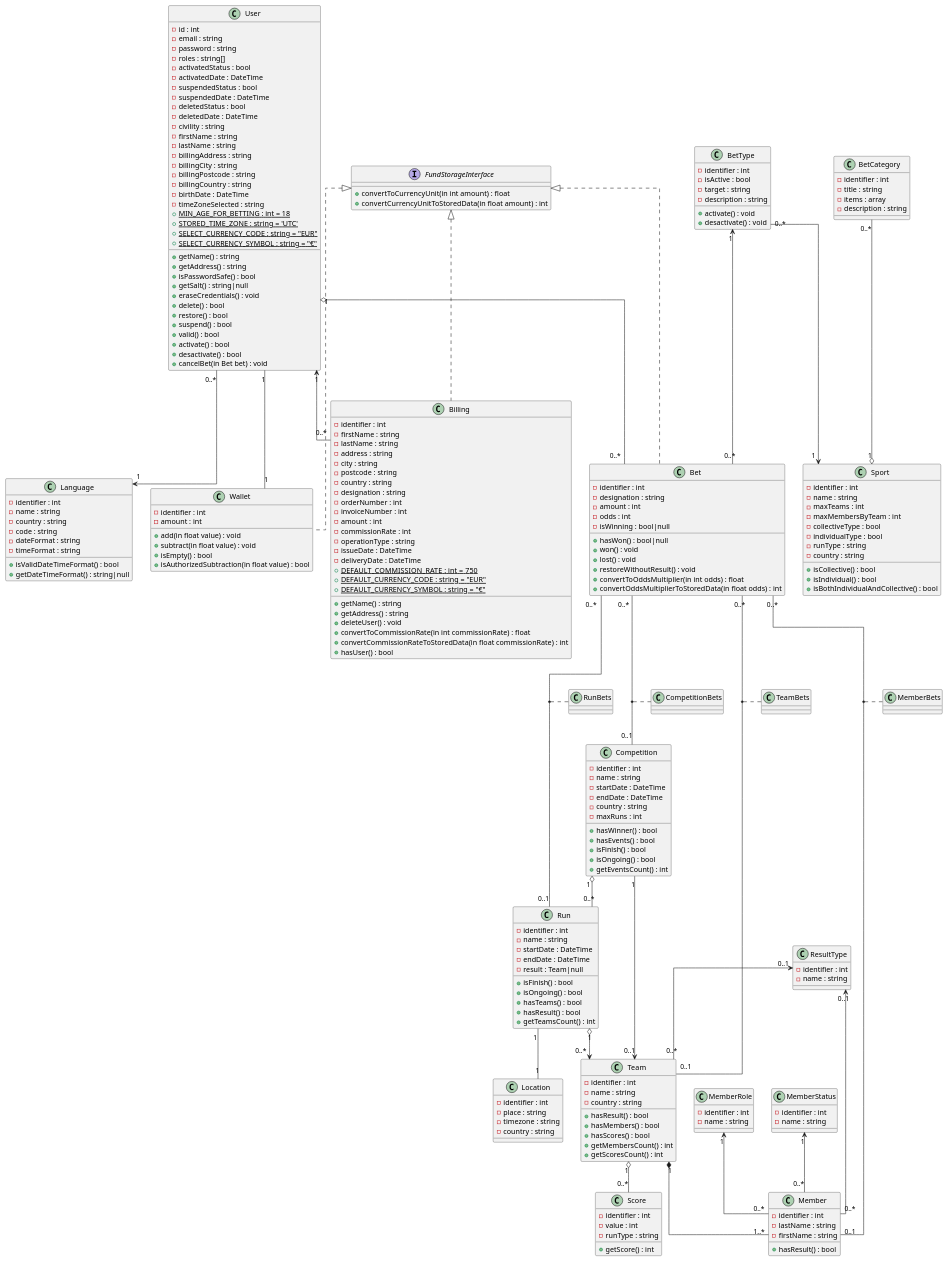
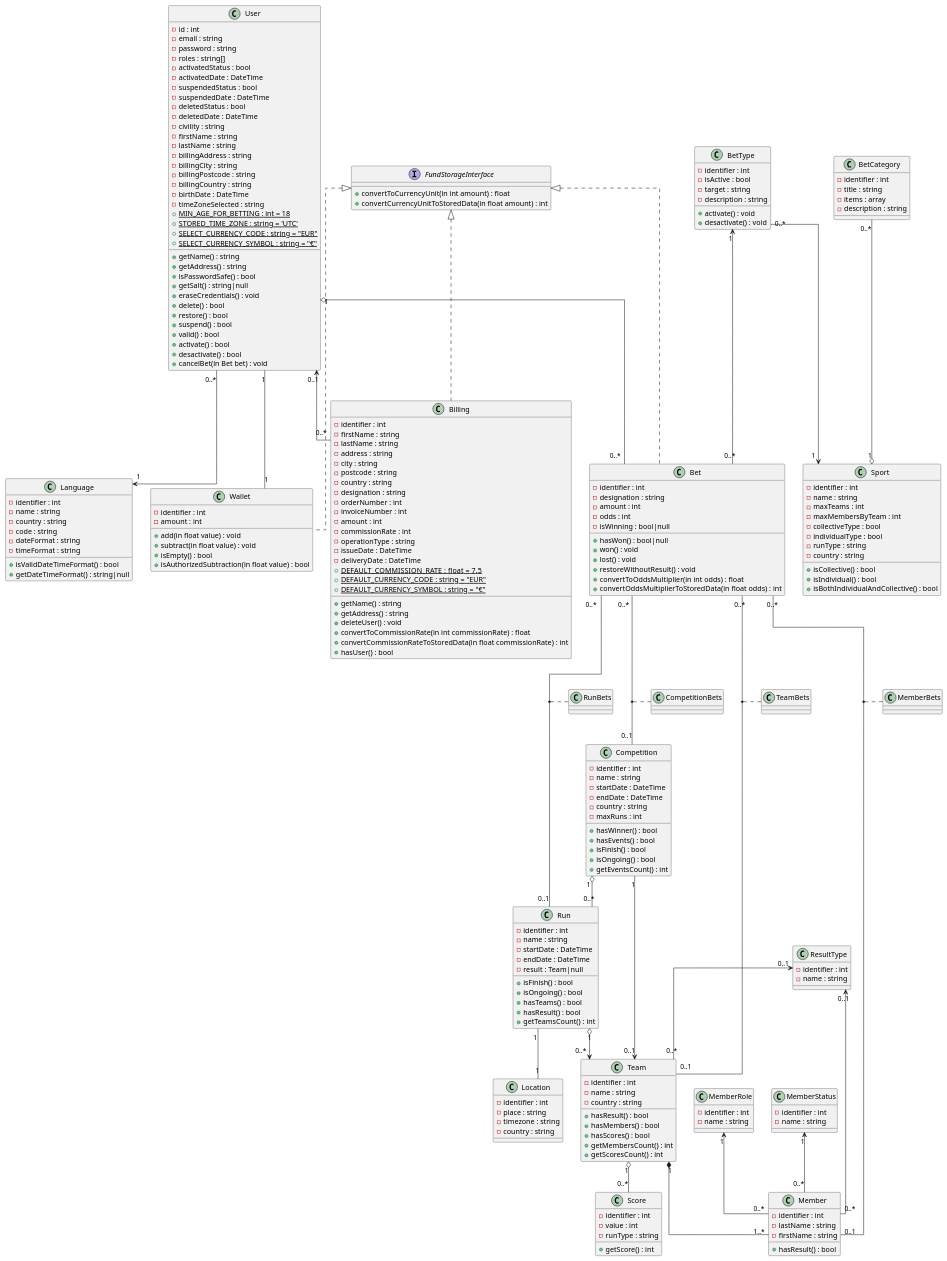
The diagram in docs/Uml/Diagramme_de_classe/Diagramme_de_classe.puml (OFP-CDA-Mulhouse-2020/parisportif5), drawn with PlantUML before and after one commit. The commit also changed 2 other files, not shown here.

Commit message:
2020-12-21 - #1 - Relation de l'entité Billing

```diff
--- a/docs/Uml/Diagramme_de_classe/Diagramme_de_classe.puml
+++ b/docs/Uml/Diagramme_de_classe/Diagramme_de_classe.puml
@@ -5,7 +5,7 @@
     'Un utilisateur a une langue sélectionnée
     User "0..*" --> "1" Language
     'Une facture n'est pas pas forcément lié à un utilisateur existant
-    User "1" <-- "0..*" Billing
+    User "0..1" <-- "0..*" Billing
     'Un paris a un type
     BetType "1" <-- "0..*" Bet
     'Un utilisateur a un porte-feuille
@@ -154,7 +154,7 @@
         -operationType : string
         -issueDate : DateTime
         -deliveryDate : DateTime
-        +{static} DEFAULT_COMMISSION_RATE : int =  750
+        +{static} DEFAULT_COMMISSION_RATE : float =  7.5
         +{static} DEFAULT_CURRENCY_CODE : string = "EUR"
         +{static} DEFAULT_CURRENCY_SYMBOL : string = "€"
         +getName() : string
```
